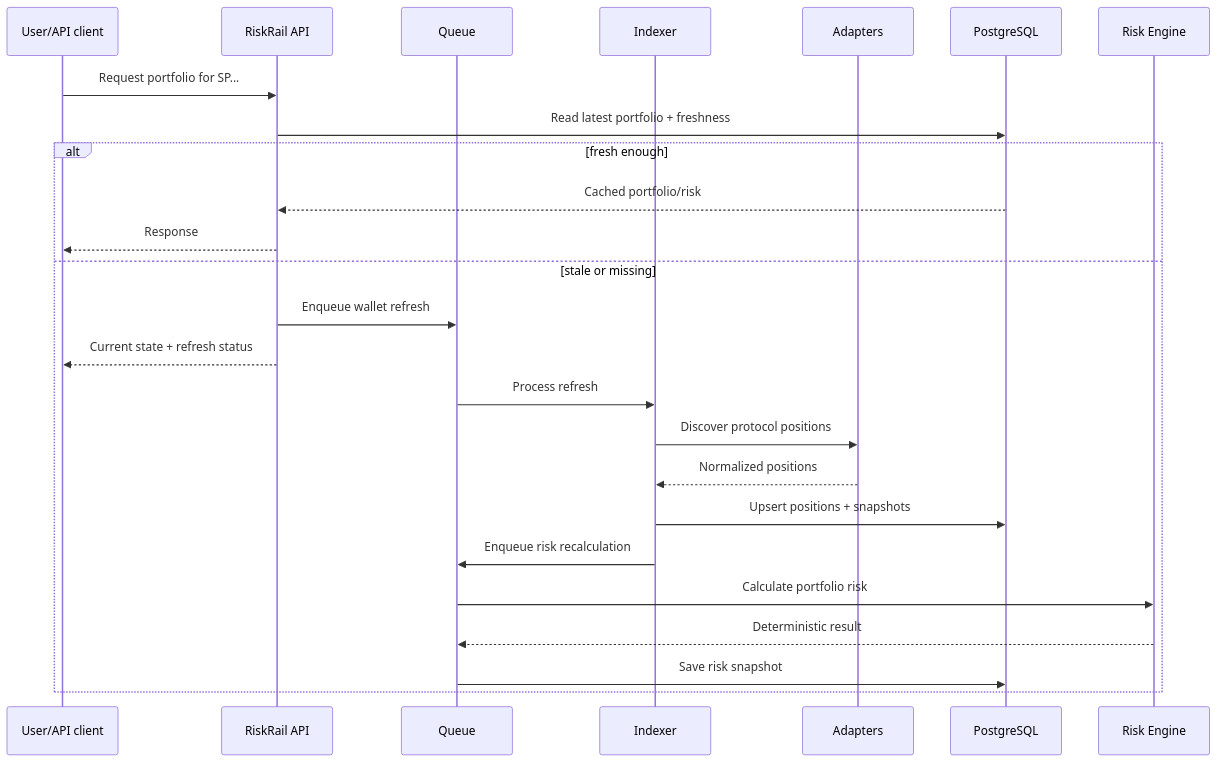
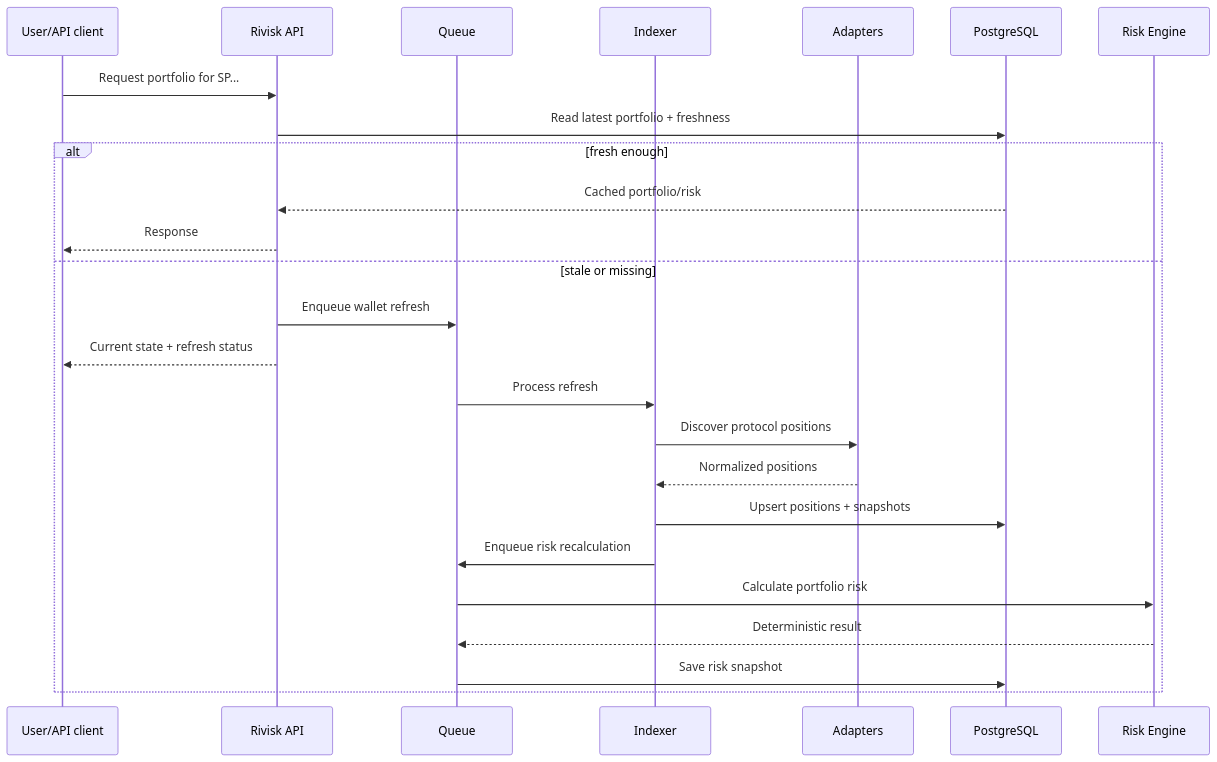
One commit to TheSoftNode/riskrail changed the second of 4 diagrams in documentation/05-system-architecture.md. Above: the diagram before and after it, drawn with Mermaid. The commit also changed other lines of this file and 232 other files, not shown here.

````diff
--- a/documentation/05-system-architecture.md
+++ b/documentation/05-system-architecture.md
@@ -109,28 +109,28 @@
 ```mermaid
 sequenceDiagram
     participant U as User/API client
-    participant API as RiskRail API
+    participant API as Rivisk API
     participant Q as Queue
     participant IDX as Indexer
     participant AD as Adapters
     participant DB as PostgreSQL
     participant RE as Risk Engine
 
     U->>API: Request portfolio for SP...
     API->>DB: Read latest portfolio + freshness
     alt fresh enough
         DB-->>API: Cached portfolio/risk
         API-->>U: Response
     else stale or missing
         API->>Q: Enqueue wallet refresh
         API-->>U: Current state + refresh status
         Q->>IDX: Process refresh
         IDX->>AD: Discover protocol positions
         AD-->>IDX: Normalized positions
         IDX->>DB: Upsert positions + snapshots
         IDX->>Q: Enqueue risk recalculation
         Q->>RE: Calculate portfolio risk
         RE-->>Q: Deterministic result
         Q->>DB: Save risk snapshot
     end
 ```
````
